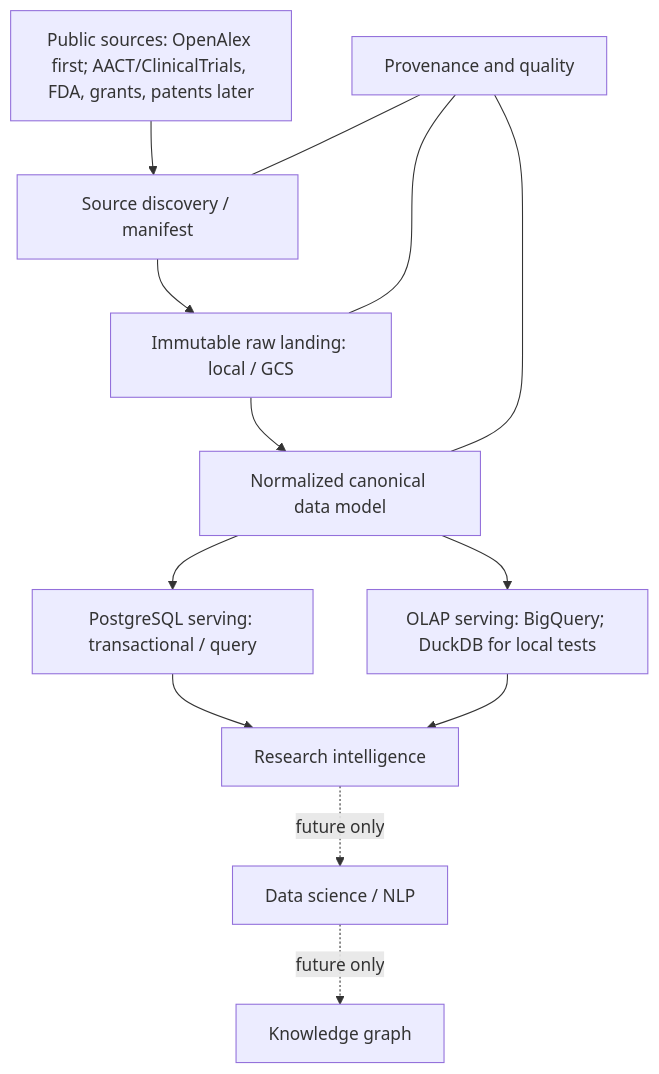
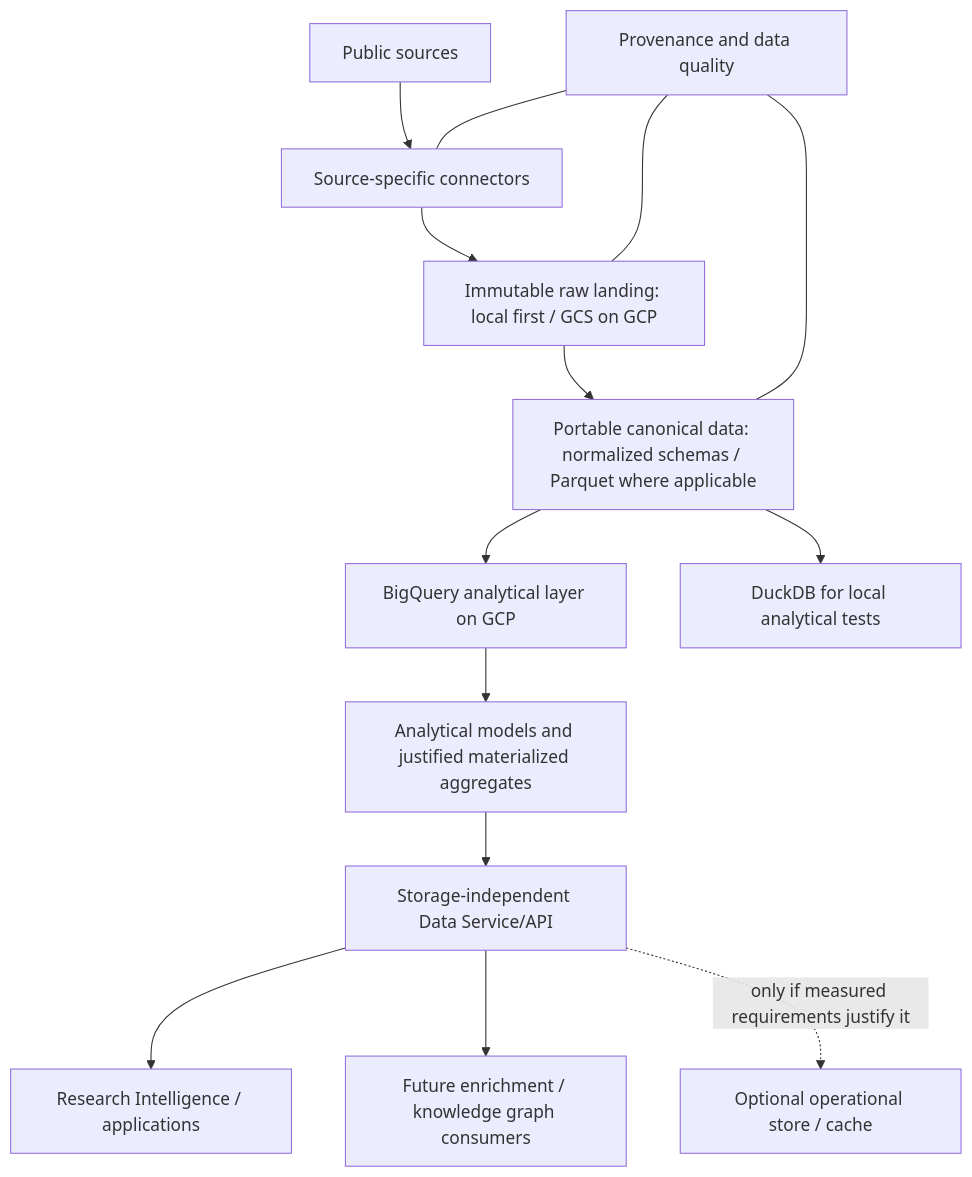
The diagram in README.md (agilandeenadhayalan41/research-intelligence-data-platform), drawn with Mermaid before and after one commit. The commit also changed other lines of this file and 6 other files, not shown here.

Commit message:
docs: align platform architecture roadmap

````diff
--- a/README.md
+++ b/README.md
@@ -20,16 +20,16 @@
 ```mermaid
 flowchart TD
-    Sources["Public sources: OpenAlex first; AACT/ClinicalTrials, FDA, grants, patents later"]
-    Sources --> Manifest["Source discovery / manifest"]
-    Manifest --> Raw["Immutable raw landing: local / GCS"]
-    Raw --> Canonical["Normalized canonical data model"]
-    Canonical --> PG["PostgreSQL serving: transactional / query"]
-    Canonical --> OLAP["OLAP serving: BigQuery; DuckDB for local tests"]
-    PG --> RI["Research intelligence"]
-    OLAP --> RI
-    RI -. future only .-> DS["Data science / NLP"]
-    DS -. future only .-> KG["Knowledge graph"]
-    Provenance["Provenance and quality"] --- Manifest
+    Sources["Public sources"] --> Connectors["Source-specific connectors"]
+    Connectors --> Raw["Immutable raw landing: local first / GCS on GCP"]
+    Raw --> Canonical["Portable canonical data: normalized schemas / Parquet where applicable"]
+    Canonical --> BQ["BigQuery analytical layer on GCP"]
+    Canonical --> DuckDB["DuckDB for local analytical tests"]
+    BQ --> Models["Analytical models and justified materialized aggregates"]
+    Models --> API["Storage-independent Data Service/API"]
+    API --> RI["Research Intelligence / applications"]
+    API --> Enrichment["Future enrichment / knowledge graph consumers"]
+    API -. "only if measured requirements justify it" .-> Ops["Optional operational store / cache"]
+    Provenance["Provenance and data quality"] --- Connectors
     Provenance --- Raw
     Provenance --- Canonical
 ```
````
